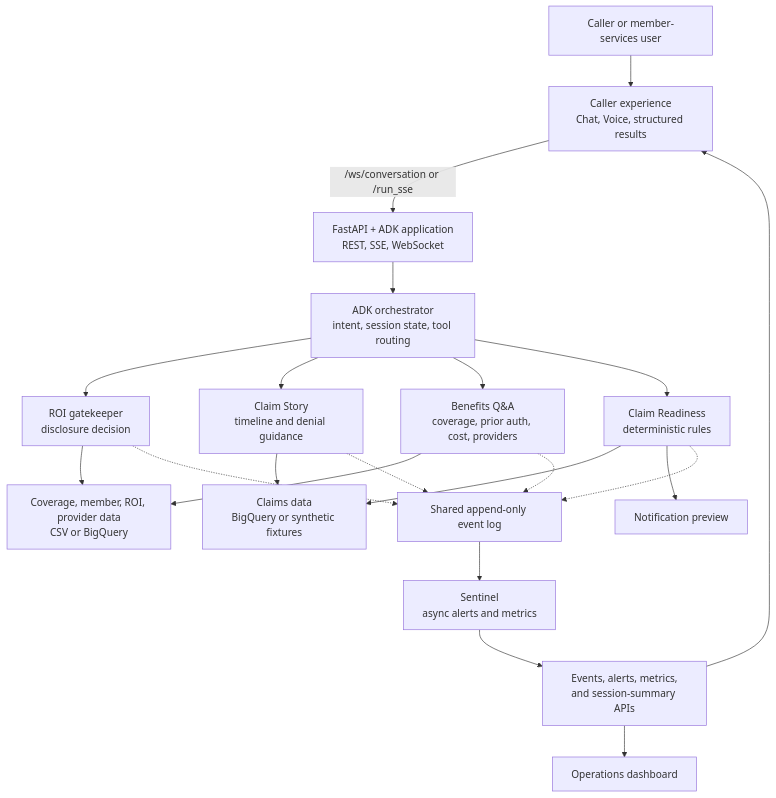
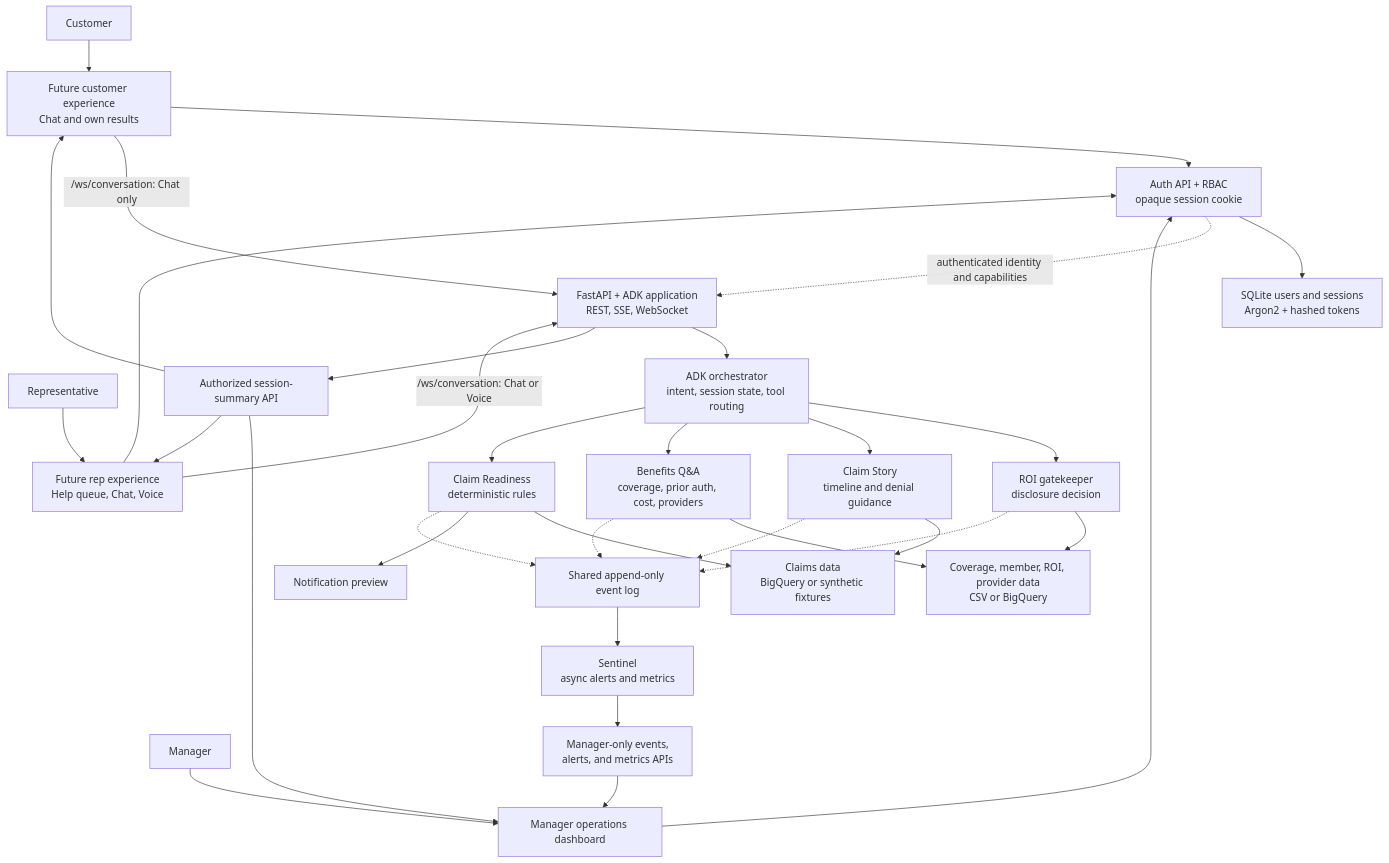
One commit to zhangdaniel62/humana-hackathon-2026 changed the diagram in assets/docs/overall_plan.md. Above: the diagram before and after it, drawn with Mermaid. The commit also changed other lines of this file and 26 other files, not shown here.

````diff
--- a/assets/docs/overall_plan.md
+++ b/assets/docs/overall_plan.md
@@ -136,39 +143,56 @@
 ```mermaid
 flowchart TD
-    Caller["Caller or member-services user"]
-    CallUI["Caller experience<br/>Chat, Voice, structured results"]
-    ManagerUI["Operations dashboard"]
+    Customer["Customer"]
+    Rep["Representative"]
+    Manager["Manager"]
+    CustomerUI["Future customer experience<br/>Chat and own results"]
+    RepUI["Future rep experience<br/>Help queue, Chat, Voice"]
+    ManagerUI["Manager operations dashboard"]
+    Auth["Auth API + RBAC<br/>opaque session cookie"]
+    AuthDB["SQLite users and sessions<br/>Argon2 + hashed tokens"]
     API["FastAPI + ADK application<br/>REST, SSE, WebSocket"]
     Orchestrator["ADK orchestrator<br/>intent, session state, tool routing"]
     ROI["ROI gatekeeper<br/>disclosure decision"]
     Claim["Claim Story<br/>timeline and denial guidance"]
     Benefits["Benefits Q&A<br/>coverage, prior auth, cost, providers"]
     Readiness["Claim Readiness<br/>deterministic rules"]
     Preview["Notification preview"]
     ClaimsData["Claims data<br/>BigQuery or synthetic fixtures"]
     BenefitsData["Coverage, member, ROI, provider data<br/>CSV or BigQuery"]
     EventLog["Shared append-only event log"]
     Sentinel["Sentinel<br/>async alerts and metrics"]
-    OpsAPI["Events, alerts, metrics,<br/>and session-summary APIs"]
+    ManagerAPI["Manager-only events,<br/>alerts, and metrics APIs"]
+    SummaryAPI["Authorized session-summary API"]
 
-    Caller --> CallUI
-    CallUI -->|"/ws/conversation or /run_sse"| API
+    Customer --> CustomerUI
+    Rep --> RepUI
+    Manager --> ManagerUI
+    CustomerUI --> Auth
+    RepUI --> Auth
+    ManagerUI --> Auth
+    Auth --> AuthDB
+    Auth -.->|"authenticated identity and capabilities"| API
+    CustomerUI -->|"/ws/conversation: Chat only"| API
+    RepUI -->|"/ws/conversation: Chat or Voice"| API
     API --> Orchestrator
     Orchestrator --> ROI
     Orchestrator --> Claim
     Orchestrator --> Benefits
     Orchestrator --> Readiness
     Claim --> ClaimsData
     Readiness --> ClaimsData
     Benefits --> BenefitsData
     ROI --> BenefitsData
     Readiness --> Preview
     ROI -.-> EventLog
     Claim -.-> EventLog
     Benefits -.-> EventLog
     Readiness -.-> EventLog
     EventLog --> Sentinel
-    Sentinel --> OpsAPI
-    OpsAPI --> ManagerUI
-    OpsAPI --> CallUI
+    Sentinel --> ManagerAPI
+    ManagerAPI --> ManagerUI
+    API --> SummaryAPI
+    SummaryAPI --> ManagerUI
+    SummaryAPI --> RepUI
+    SummaryAPI --> CustomerUI
 ```
````
